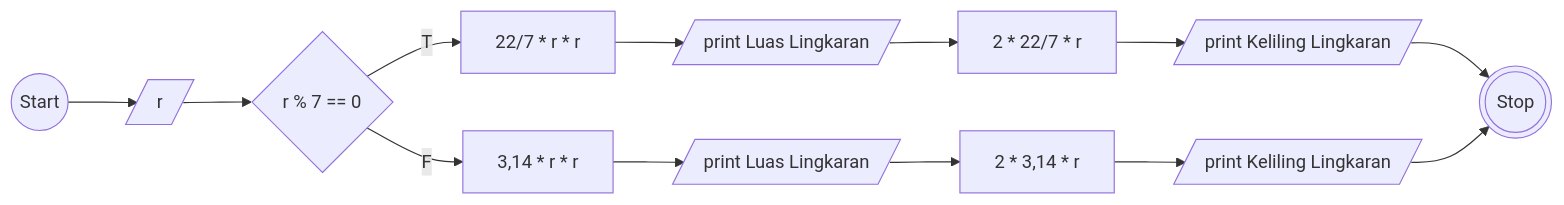
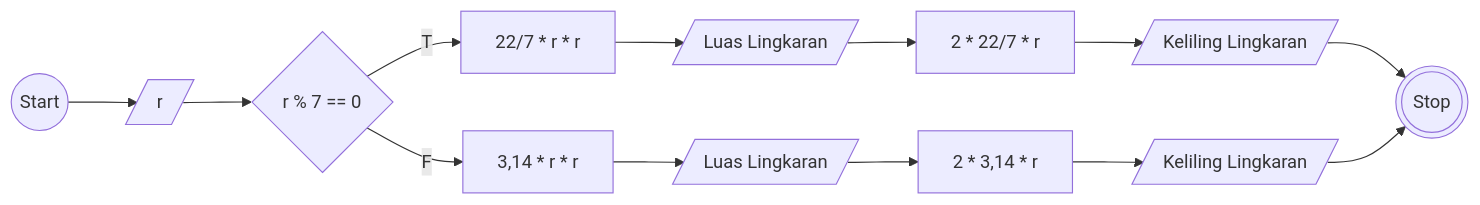
One commit to aldi-ardyansah/koda-b10-algoritma changed the second of 2 diagrams in README.md. Above: the diagram before and after it, drawn with Mermaid. The commit also changed 1 other file, not shown here.

````diff
--- a/README.md
+++ b/README.md
@@ -58,11 +58,11 @@
 ```mermaid
 flowchart LR
     A((Start)) --> B[/r/]
     B --> C{r % 7 == 0}
-    C --T--> D[22/7 * r * r] --> F[/print Luas Lingkaran/]
-    C --F--> E[3,14 * r * r] --> G[/print Luas Lingkaran/]
-    F[/print Luas Lingkaran/] --> H[2 * 22/7 * r]
-    G[/print Luas Lingkaran/] --> I[2 * 3,14 * r]
-    H --> J[/print Keliling Lingkaran/] --> L(((Stop)))
-    I --> K[/print Keliling Lingkaran/] --> L(((Stop)))
+    C --T--> D[22/7 * r * r] --> F[/"Luas Lingkaran"/]
+    C --F--> E[3,14 * r * r] --> G[/"Luas Lingkaran"/]
+    F[/"Luas Lingkaran"/] --> H[2 * 22/7 * r]
+    G[/"Luas Lingkaran"/] --> I[2 * 3,14 * r]
+    H --> J[/"Keliling Lingkaran"/] --> L(((Stop)))
+    I --> K[/"Keliling Lingkaran"/] --> L(((Stop)))
 ```
````
